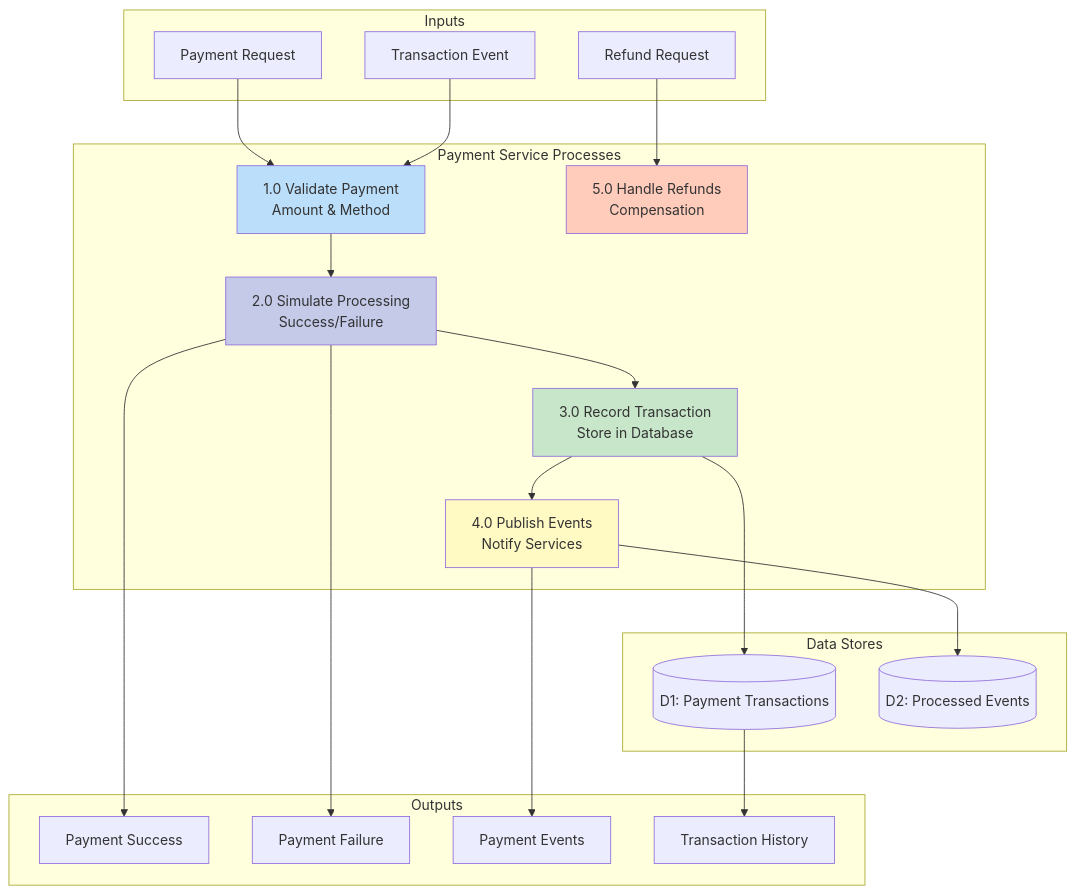
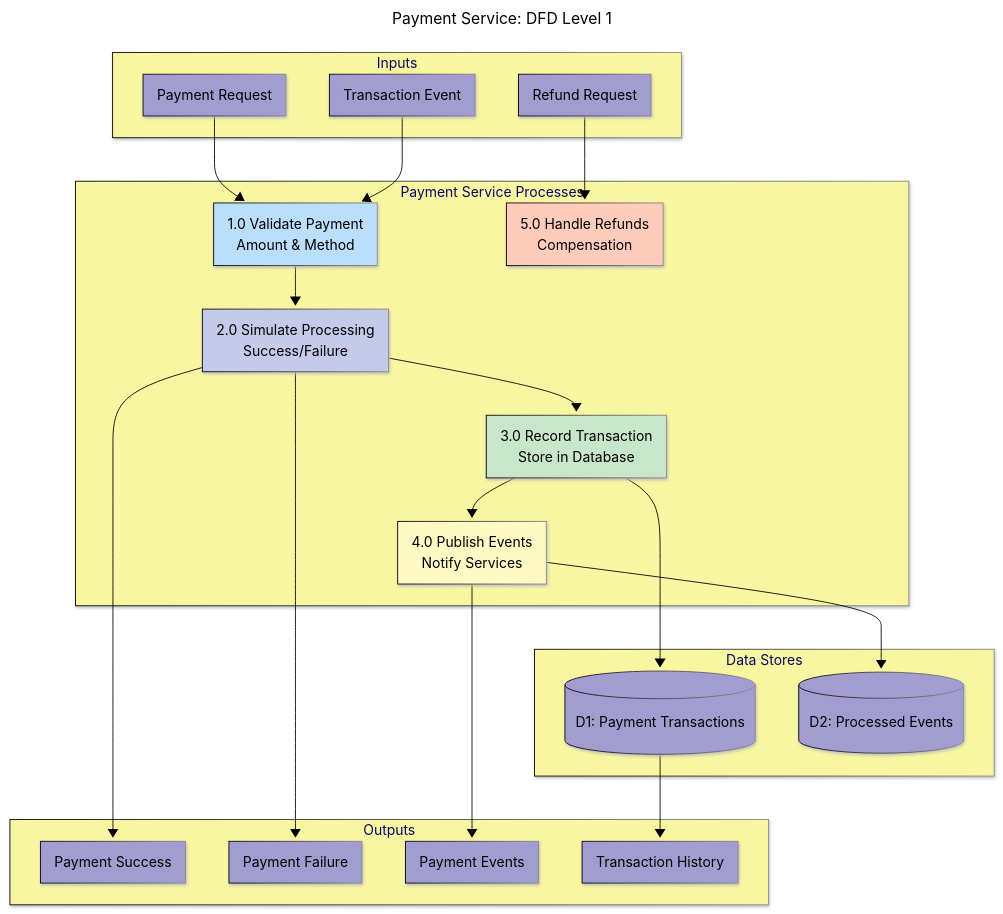
Before and after one commit to BrunoGil-AS/Vending-Machine-Microservices: the fourth of 10 diagrams in Documentation/diagrams/payment-service.md, drawn with Mermaid. The commit also changed other lines of this file and 7 other files, not shown here.

Commit message:
docs: Update service diagrams with new configurations and titles

````diff
--- a/Documentation/diagrams/payment-service.md
+++ b/Documentation/diagrams/payment-service.md
@@ -160,51 +202,65 @@
 ```mermaid
+---
+config:
+  theme: base
+  themeVariables:
+    primaryColor: '#a39cd1ff'
+    primaryTextColor: '#000000'
+    secondaryTextColor: '#ffffffff'
+    primaryBorderColor: '#000000'
+    lineColor: '#000000ff'
+    secondaryColor: '#90b590ff'
+    tertiaryColor: '#f9f6a1ff'
+  look: neo
+title: 'Payment Service: DFD Level 1'
+---
 graph TB
     subgraph "Inputs"
         INPUT1[Payment Request]
         INPUT2[Transaction Event]
         INPUT3[Refund Request]
     end
 
     subgraph "Payment Service Processes"
         P1[1.0 Validate Payment<br/>Amount & Method]
         P2[2.0 Simulate Processing<br/>Success/Failure]
         P3[3.0 Record Transaction<br/>Store in Database]
         P4[4.0 Publish Events<br/>Notify Services]
         P5[5.0 Handle Refunds<br/>Compensation]
     end
 
     subgraph "Data Stores"
         D1[(D1: Payment Transactions)]
         D2[(D2: Processed Events)]
     end
 
     subgraph "Outputs"
         OUTPUT1[Payment Success]
         OUTPUT2[Payment Failure]
         OUTPUT3[Payment Events]
         OUTPUT4[Transaction History]
     end
 
     INPUT1 --> P1
     INPUT2 --> P1
     INPUT3 --> P5
 
     P1 --> P2
     P2 --> P3
     P3 --> D1
     P3 --> P4
 
     P4 --> OUTPUT3
     P4 --> D2
 
     P2 --> OUTPUT1
     P2 --> OUTPUT2
 
     D1 --> OUTPUT4
 
     style P1 fill:#bbdefb
     style P2 fill:#c5cae9
     style P3 fill:#c8e6c9
     style P4 fill:#fff9c4
     style P5 fill:#ffccbc
 ```
````
